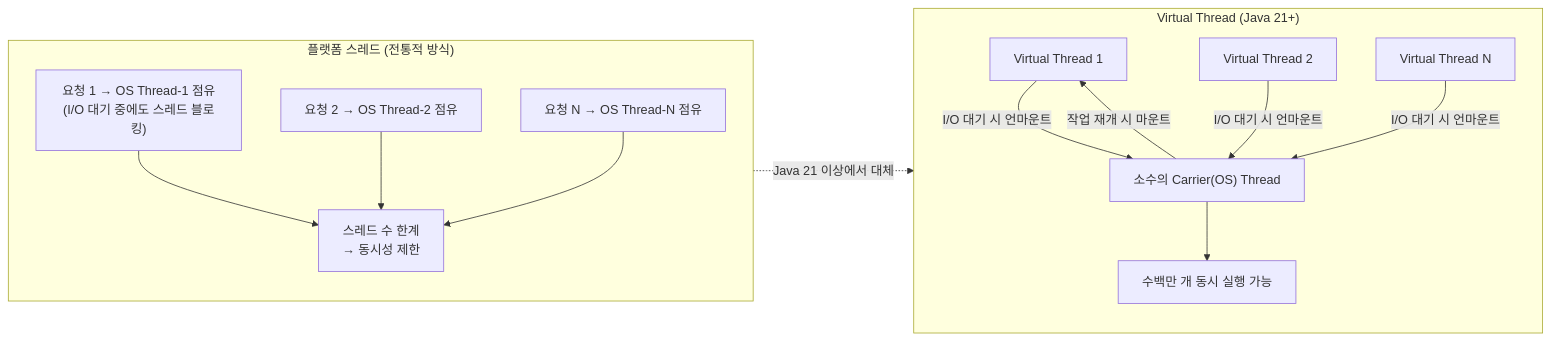
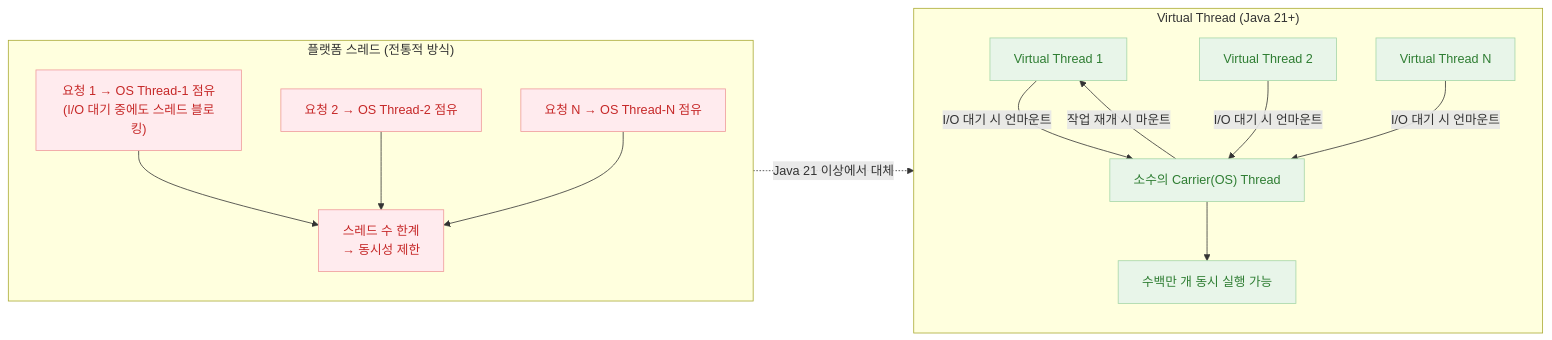
The third of 4 diagrams in 08-coroutines/02-virtualthreads-basic/README.md (bluetape4k/exposed-workshop), drawn with Mermaid before and after one commit. The commit also changed other lines of this file and 56 other files, not shown here.

First line of the commit message:
docs: 전체 README mermaid 다이어그램에 파스텔 톤 색상 적용

````diff
--- a/08-coroutines/02-virtualthreads-basic/README.md
+++ b/08-coroutines/02-virtualthreads-basic/README.md
@@ -112,20 +126,27 @@
 ```mermaid
 flowchart LR
     subgraph PlatformThread["플랫폼 스레드 (전통적 방식)"]
         direction TD
         P1["요청 1 → OS Thread-1 점유\n(I/O 대기 중에도 스레드 블로킹)"]
         P2["요청 2 → OS Thread-2 점유"]
         P3["요청 N → OS Thread-N 점유"]
         P1 & P2 & P3 --> PLimit["스레드 수 한계\n→ 동시성 제한"]
     end
 
     subgraph VirtualThread["Virtual Thread (Java 21+)"]
         direction TD
         V1["Virtual Thread 1"] & V2["Virtual Thread 2"] & V3["Virtual Thread N"]
         V1 & V2 & V3 --> |"I/O 대기 시 언마운트"| Carrier["소수의 Carrier(OS) Thread"]
         Carrier --> |"작업 재개 시 마운트"| V1
         Carrier --> VScale["수백만 개 동시 실행 가능"]
     end
 
     PlatformThread -. "Java 21 이상에서 대체" .-> VirtualThread
+
+    classDef red fill:#FFEBEE,stroke:#EF9A9A,color:#C62828
+    classDef green fill:#E8F5E9,stroke:#A5D6A7,color:#2E7D32
+    classDef orange fill:#FFF3E0,stroke:#FFCC80,color:#E65100
+
+    class P1,P2,P3,PLimit red
+    class V1,V2,V3,Carrier,VScale green
 ```
````
